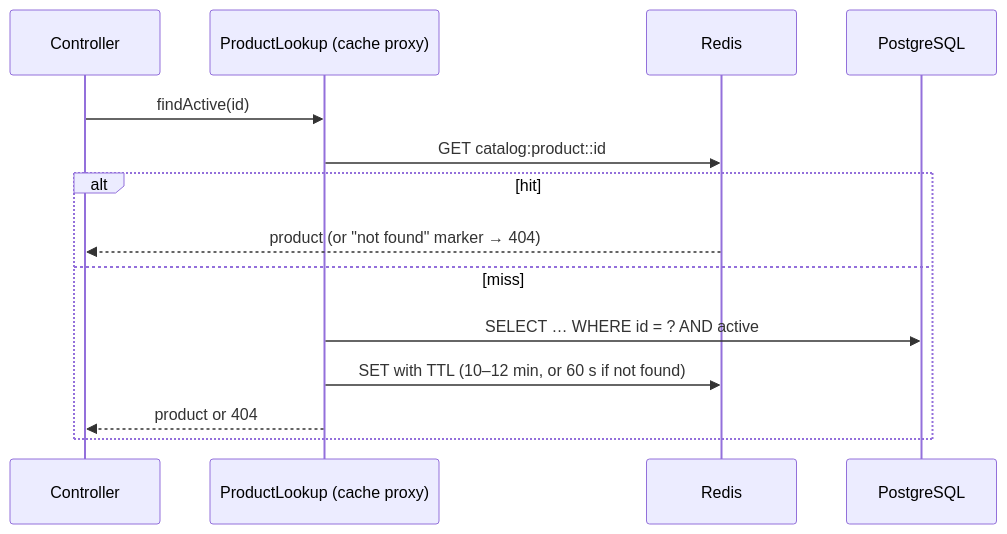
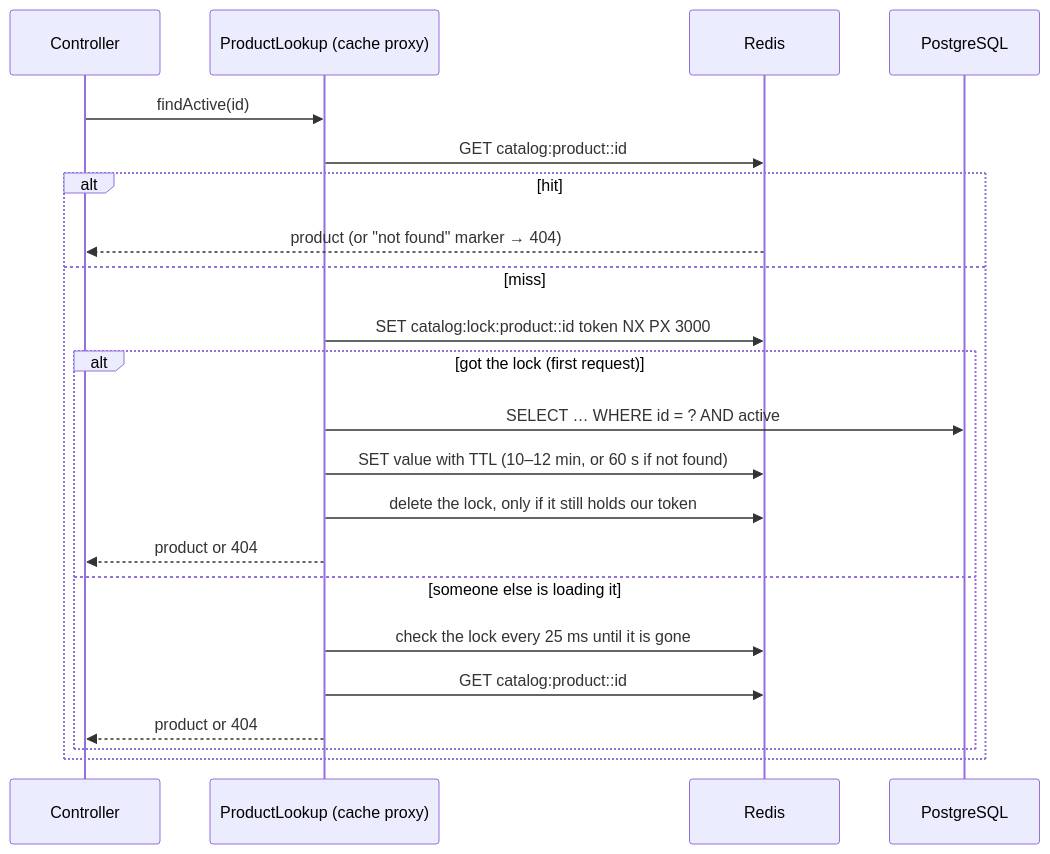
Before and after one commit to Chinu99380955899/e-commerce-microservices: the seventh of 7 diagrams in docs/CATALOG_SERVICE.md, drawn with Mermaid. The commit also changed other lines of this file and 8 other files, not shown here.

First line of the commit message:
feat(catalog): stampede protection with a per-key Redis lock

````diff
--- a/docs/CATALOG_SERVICE.md
+++ b/docs/CATALOG_SERVICE.md
@@ -321,16 +323,24 @@
 ```mermaid
 sequenceDiagram
     participant C as Controller
     participant L as ProductLookup (cache proxy)
     participant R as Redis
     participant DB as PostgreSQL
     C->>L: findActive(id)
     L->>R: GET catalog:product::id
     alt hit
         R-->>C: product (or "not found" marker → 404)
     else miss
-        L->>DB: SELECT … WHERE id = ? AND active
-        L->>R: SET with TTL (10–12 min, or 60 s if not found)
-        L-->>C: product or 404
+        L->>R: SET catalog:lock:product::id token NX PX 3000
+        alt got the lock (first request)
+            L->>DB: SELECT … WHERE id = ? AND active
+            L->>R: SET value with TTL (10–12 min, or 60 s if not found)
+            L->>R: delete the lock, only if it still holds our token
+            L-->>C: product or 404
+        else someone else is loading it
+            L->>R: check the lock every 25 ms until it is gone
+            L->>R: GET catalog:product::id
+            L-->>C: product or 404
+        end
     end
 ```
````
